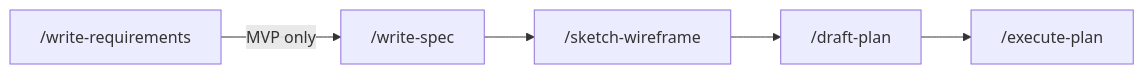
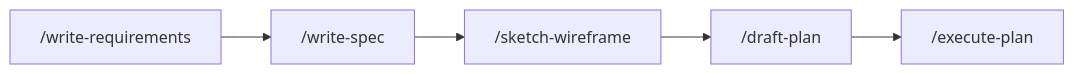
The diagram in README.md (toy-crane/harness-engineering-template), drawn with Mermaid before and after one commit. The commit also changed other lines of this file, not shown here.

Commit message:
docs: move MVP-only note from mermaid to Requirements section

````diff
--- a/README.md
+++ b/README.md
@@ -53,7 +53,7 @@
 ```mermaid
 flowchart LR
-    A["/write-requirements"] -->|MVP only| B["/write-spec"]
+    A["/write-requirements"] --> B["/write-spec"]
     B --> C["/sketch-wireframe"]
     C --> D["/draft-plan"]
     D --> E["/execute-plan"]
 ```
````
